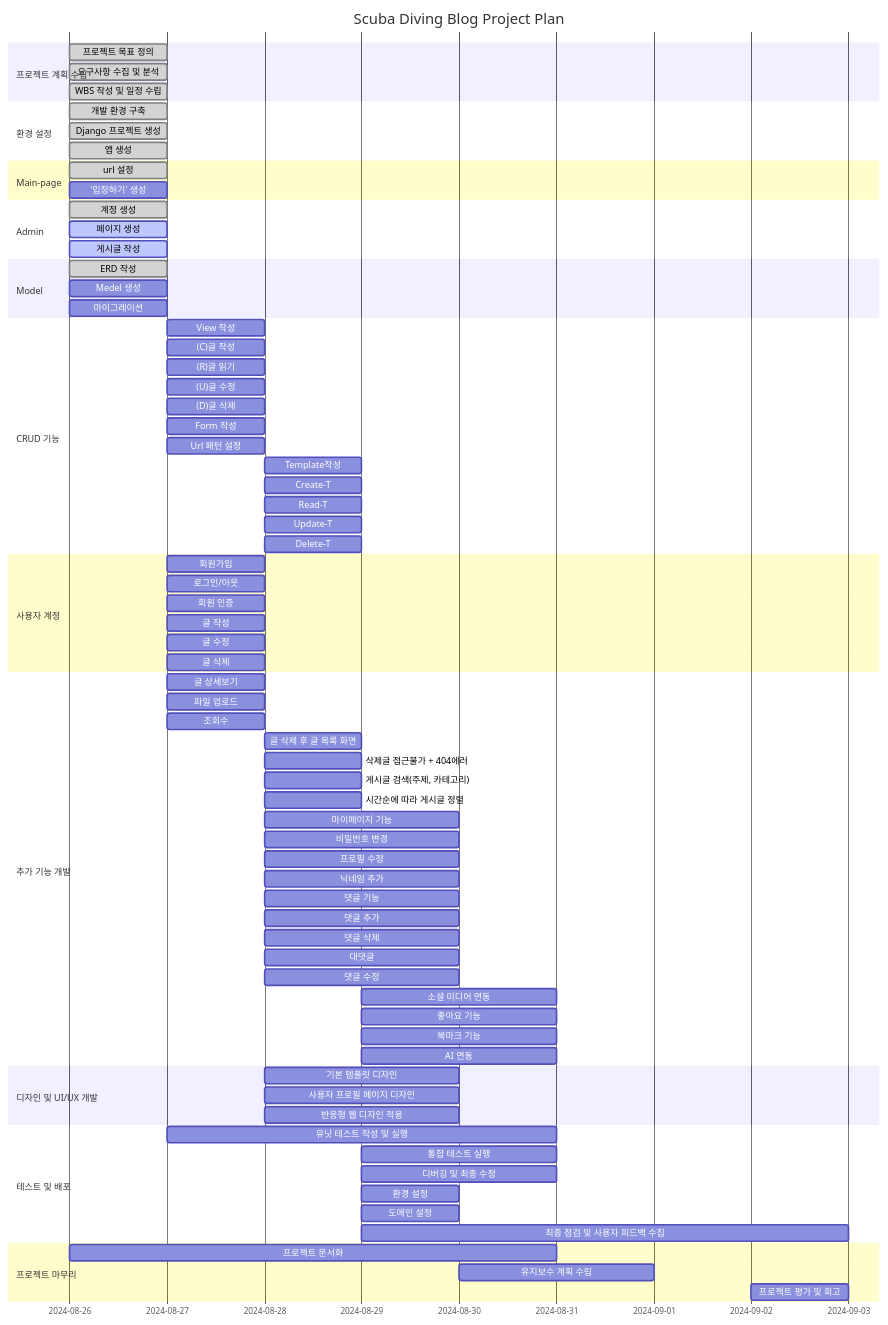
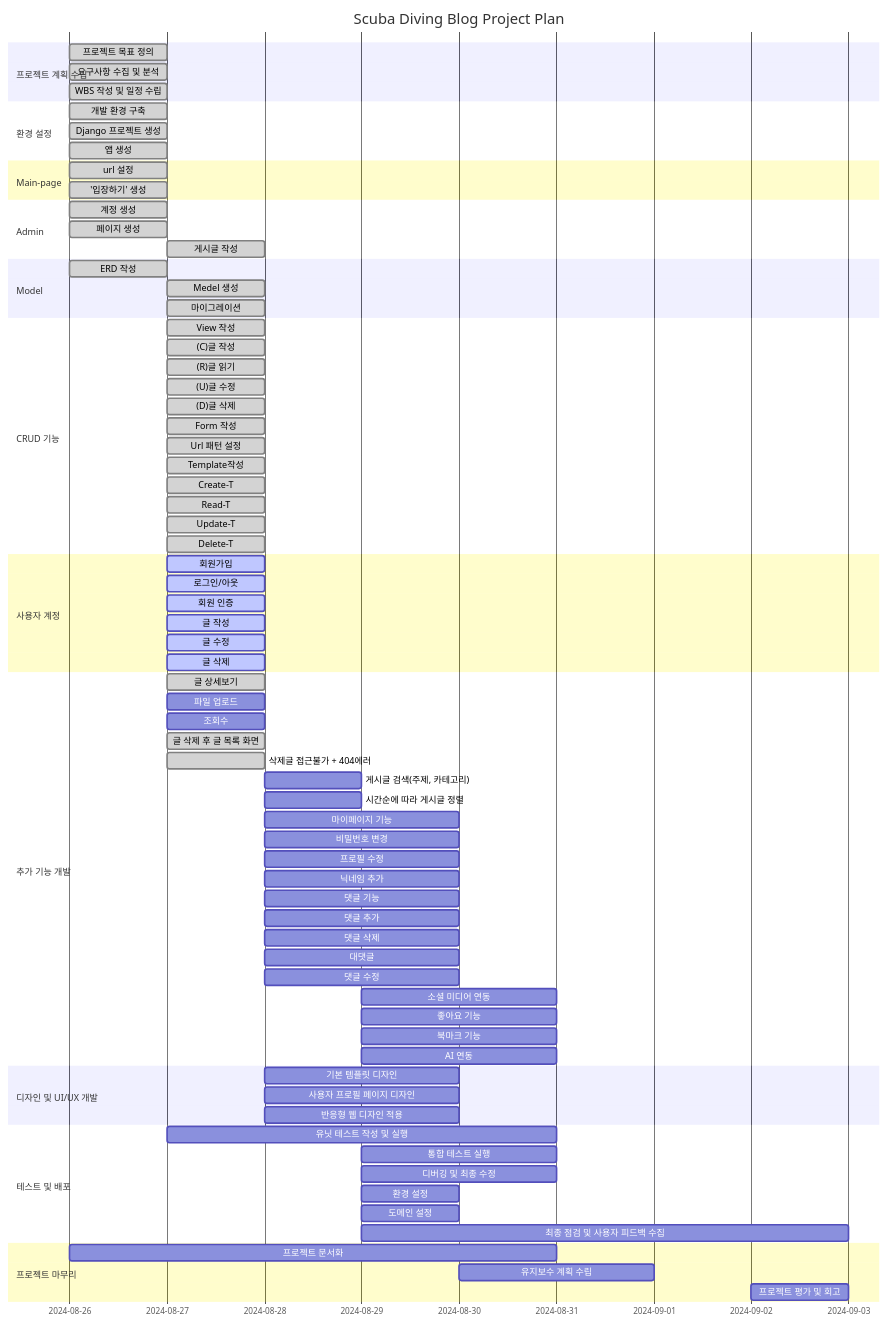
Before and after one commit to heeeee-github/travel_blog: the first of 3 diagrams in README.md, drawn with Mermaid. The commit also changed other lines of this file, not shown here.

Commit message:
:memo: WBS수정, 웹페이지 구조 추가

```diff
--- a/README.md
+++ b/README.md
@@ -44,47 +40,47 @@
 
     section Main-page
     url 설정                     : done, c1, 2024-08-26, 1d
-    '입장하기' 생성               : c2, 2024-08-26, 1d
+    '입장하기' 생성               : done, c2, 2024-08-26, 1d
     
     section Admin
     계정 생성                     : done,  d1, 2024-08-26, 1d
-    페이지 생성                   : active,  d2, 2024-08-26, 1d
-    게시글 작성                   : active,  d3, 2024-08-26, 1d
+    페이지 생성                   : done,  d2, 2024-08-26, 1d
+    게시글 작성                   : done,  d3, 2024-08-27, 1d
 
     section Model
     ERD 작성                     : done, e1, 2024-08-26, 1d
-    Medel 생성                   : e2, 2024-08-26, 1d
-    마이그레이션                  : e2-1, 2024-08-26, 1d
+    Medel 생성                   : done, e2, 2024-08-27, 1d
+    마이그레이션                  : done, e2-1, 2024-08-27, 1d
     
     section CRUD 기능
-    View 작성                   : e1, 2024-08-27, 1d
-    (C)글 작성                   : e1-1, 2024-08-27, 1d
-    (R)글 읽기                   : e1-2, 2024-08-27, 1d
-    (U)글 수정                   : e1-3, 2024-08-27, 1d
-    (D)글 삭제                   : e1-4, 2024-08-27, 1d
-    Form 작성                   : e2, 2024-08-27, 1d
-    Url 패턴 설정                 :  e3, 2024-08-27, 1d
-    Template작성                   : e4, 2024-08-28, 1d
-    Create-T                   : e4-1, 2024-08-28, 1d
-    Read-T                   : e4-1, 2024-08-28, 1d
-    Update-T                   : e4-1, 2024-08-28, 1d
-    Delete-T                   : e4-1, 2024-08-28, 1d
+    View 작성                   : done, e1, 2024-08-27, 1d
+    (C)글 작성                   : done, e1-1, 2024-08-27, 1d
+    (R)글 읽기                   : done, e1-2, 2024-08-27, 1d
+    (U)글 수정                   : done, e1-3, 2024-08-27, 1d
+    (D)글 삭제                   : done, e1-4, 2024-08-27, 1d
+    Form 작성                   : done, e2, 2024-08-27, 1d
+    Url 패턴 설정                 : done,  e3, 2024-08-27, 1d
+    Template작성                   : done, e4, 2024-08-27, 1d
+    Create-T                   : done, e4-1, 2024-08-27, 1d
+    Read-T                   : done, e4-1, 2024-08-27, 1d
+    Update-T                   : done, e4-1, 2024-08-27, 1d
+    Delete-T                   : done, e4-1, 2024-08-27, 1d
 
     section 사용자 계정
-    회원가입                   : f1, 2024-08-27, 1d
-    로그인/아웃                   : f2, 2024-08-27, 1d
-    회원 인증                   : f3, 2024-08-27, 1d
-    글 작성                   : f3-1, 2024-08-27, 1d
-    글 수정                   : f3-2, 2024-08-27, 1d
-    글 삭제                   : f3-3, 2024-08-27, 1d
+    회원가입                   : active, f1, 2024-08-27, 1d
+    로그인/아웃                   : active, f2, 2024-08-27, 1d
+    회원 인증                   : active, f3, 2024-08-27, 1d
+    글 작성                   : active, f3-1, 2024-08-27, 1d
+    글 수정                   : active, f3-2, 2024-08-27, 1d
+    글 삭제                   : active, f3-3, 2024-08-27, 1d
 
 
     section 추가 기능 개발
-    글 상세보기                   : g1, 2024-08-27, 1d
+    글 상세보기                   : done, g1, 2024-08-27, 1d
     파일 업로드                   : g2, 2024-08-27, 1d
     조회수                      : g3, 2024-08-27, 1d
-    글 삭제 후 글 목록 화면      : g4, 2024-08-28, 1d
-    삭제글 접근불가 + 404에러   : g5, 2024-08-28, 1d
+    글 삭제 후 글 목록 화면      : done, g4, 2024-08-27, 1d
+    삭제글 접근불가 + 404에러   : done, g5, 2024-08-27, 1d
     게시글 검색(주제, 카테고리)   : g6, 2024-08-28, 1d
     시간순에 따라 게시글 정렬   : g7, 2024-08-28, 1d
     마이페이지 기능                   : g8, 2024-08-28, 2d
```
